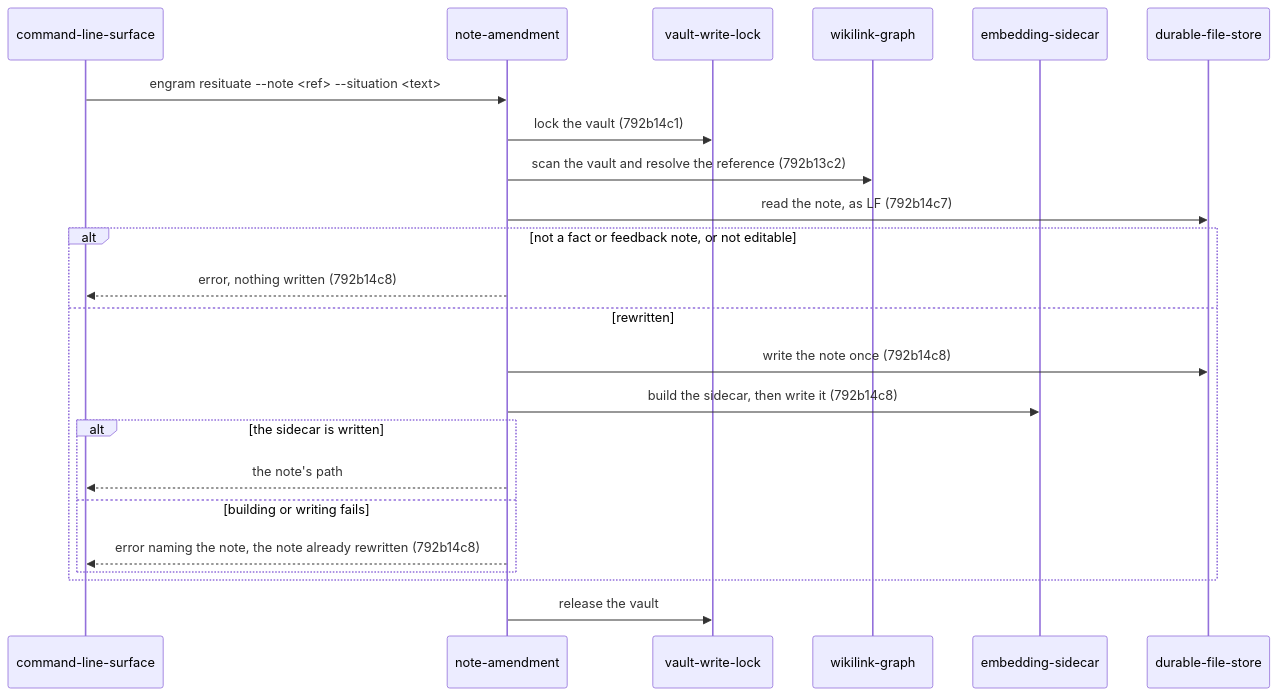
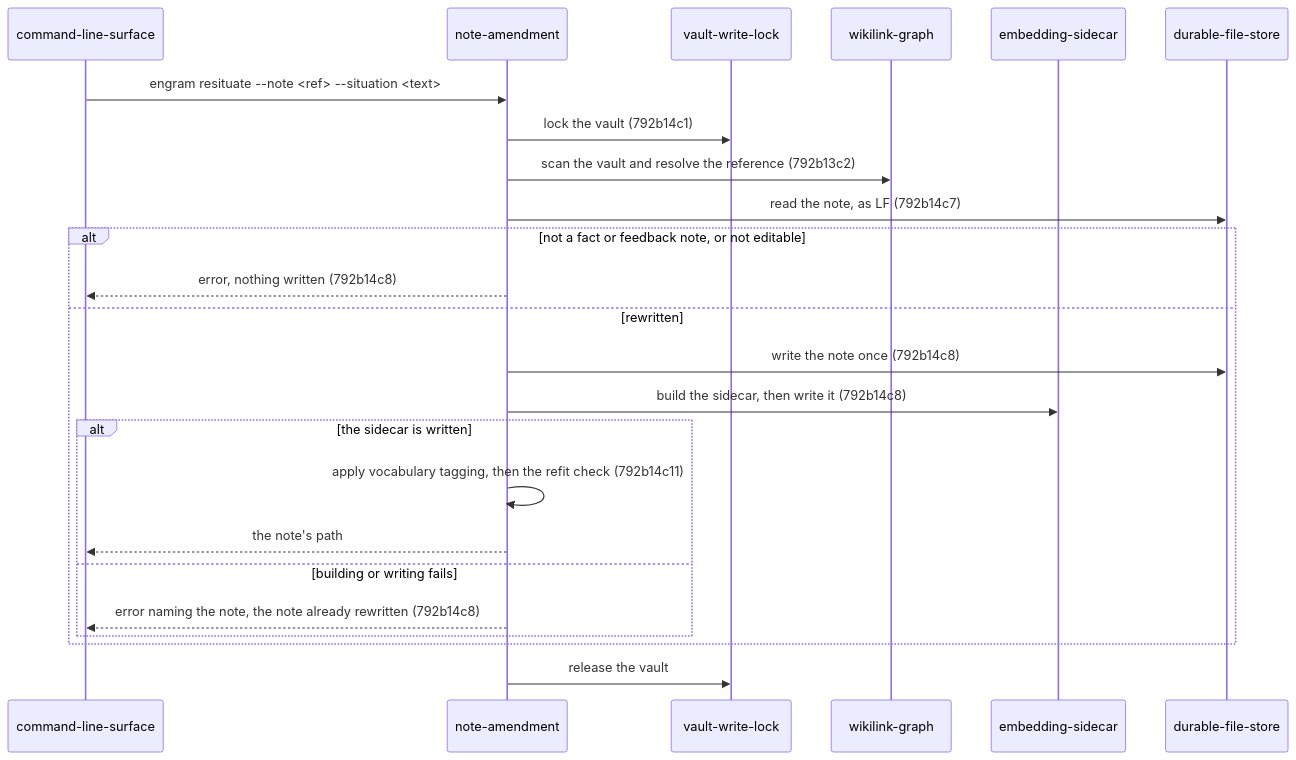
Before and after one commit to toejough/engram: diagram 15 of 20 in docs/changes/792_documentation-framework-adoption/792b_technical-spec.md, drawn with Mermaid. The commit also changed other lines of this file and 14 other files, not shown here.

````diff
--- a/docs/changes/792_documentation-framework-adoption/792b_technical-spec.md
+++ b/docs/changes/792_documentation-framework-adoption/792b_technical-spec.md
@@ -4179,25 +4321,26 @@
 ```mermaid
 sequenceDiagram
   participant CLI as command-line-surface
   participant Reviser as note-amendment
   participant Lock as vault-write-lock
   participant Graph as wikilink-graph
   participant Sidecar as embedding-sidecar
   participant Store as durable-file-store
   CLI->>Reviser: engram resituate --note <ref> --situation <text>
   Reviser->>Lock: lock the vault (792b14c1)
   Reviser->>Graph: scan the vault and resolve the reference (792b13c2)
   Reviser->>Store: read the note, as LF (792b14c7)
   alt not a fact or feedback note, or not editable
     Reviser-->>CLI: error, nothing written (792b14c8)
   else rewritten
     Reviser->>Store: write the note once (792b14c8)
     Reviser->>Sidecar: build the sidecar, then write it (792b14c8)
     alt the sidecar is written
+      Reviser->>Reviser: apply vocabulary tagging, then the refit check (792b14c11)
       Reviser-->>CLI: the note's path
     else building or writing fails
       Reviser-->>CLI: error naming the note, the note already rewritten (792b14c8)
     end
   end
   Reviser->>Lock: release the vault
 ```
````
